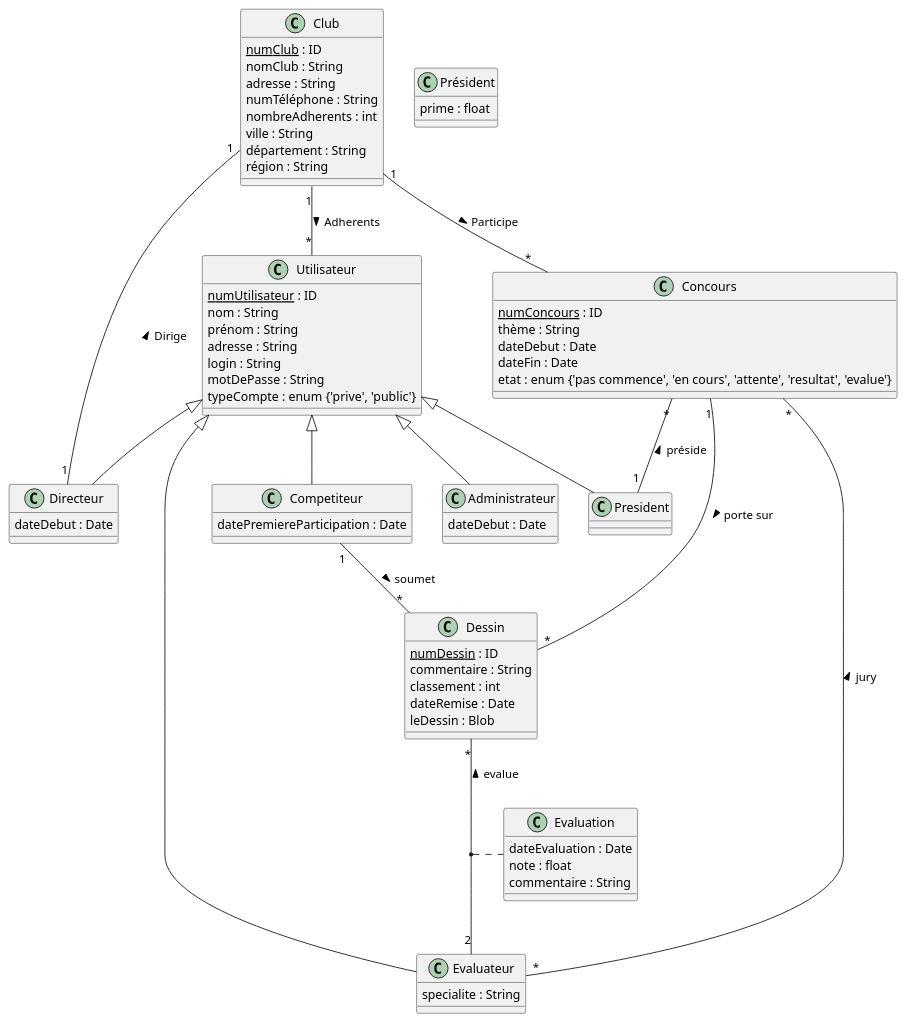
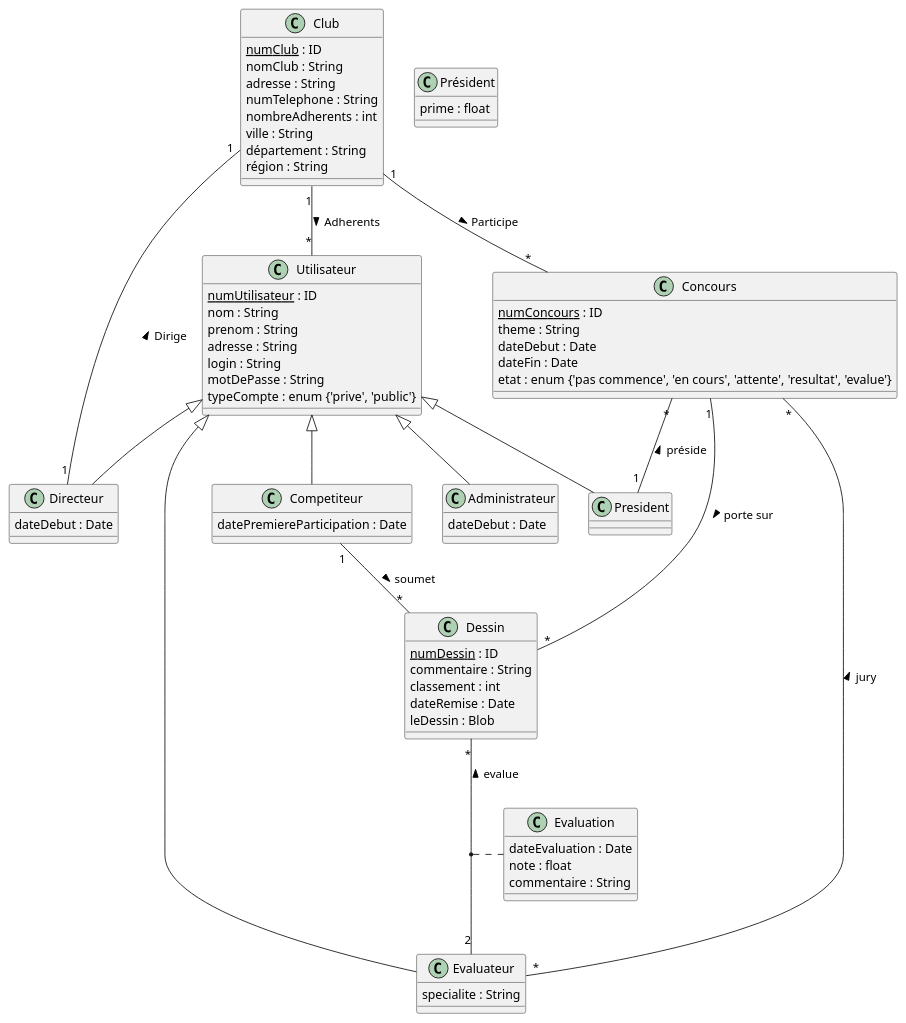
Before and after one commit to matthieuEv/Draw-Arena: the diagram in docs/schema.puml, drawn with PlantUML. The commit also changed 3 other files, not shown here.

```diff
--- a/docs/schema.puml
+++ b/docs/schema.puml
@@ -1,90 +1,90 @@
 @startuml
 skinparam classAttributeIconSize 0
 
 ' Classes principales
 class Club {
     <u>numClub</u> : ID
     nomClub : String
     adresse : String
-    numTéléphone : String
+    numTelephone : String
     nombreAdherents : int
     ville : String
     département : String
     région : String
 }
 
 class Utilisateur {
     <u>numUtilisateur</u> : ID
     nom : String
-    prénom : String
+    prenom : String
     adresse : String
     login : String
     motDePasse : String
     typeCompte : enum {'prive', 'public'}
 }
 
 class Concours {
     <u>numConcours</u> : ID
-    thème : String
+    theme : String
     dateDebut : Date
     dateFin : Date
     etat : enum {'pas commence', 'en cours', 'attente', 'resultat', 'evalue'}
 }
 
 class Dessin {
     <u>numDessin</u> : ID
     commentaire : String
     classement : int
     dateRemise : Date
     leDessin : Blob
 }
 
 class Evaluation {
     dateEvaluation : Date
     note : float
     commentaire : String
 }
 
 ' Sous-classes d'Utilisateur
 class Competiteur {
     datePremiereParticipation : Date
 }
 
 class Evaluateur {
     specialite : String
 }
 
 class Président {
     prime : float
 }
 
 class Administrateur {
     dateDebut : Date
 }
 
 class Directeur {
     dateDebut : Date
 }
 
 ' Héritages
 Utilisateur <|-- Competiteur
 Utilisateur <|-- Evaluateur
 Utilisateur <|-- President
 Utilisateur <|-- Administrateur
 Utilisateur <|-- Directeur
 
 ' Associations
 Club "1" -- "*" Utilisateur : Adherents >
 Club "1" -- "*" Concours : Participe >
 Club "1" - "1" Directeur : Dirige <
 
 Concours "1" -- "*" Dessin : porte sur >
 Concours "*" -- "1" President : préside <
 Concours "*" --- "*" Evaluateur : jury <
 
 Competiteur "1" -- "*" Dessin : soumet >
 
 Dessin "*" -- "2" Evaluateur : evalue <
 (Dessin, Evaluateur) .. Evaluation
 
 @enduml
```
